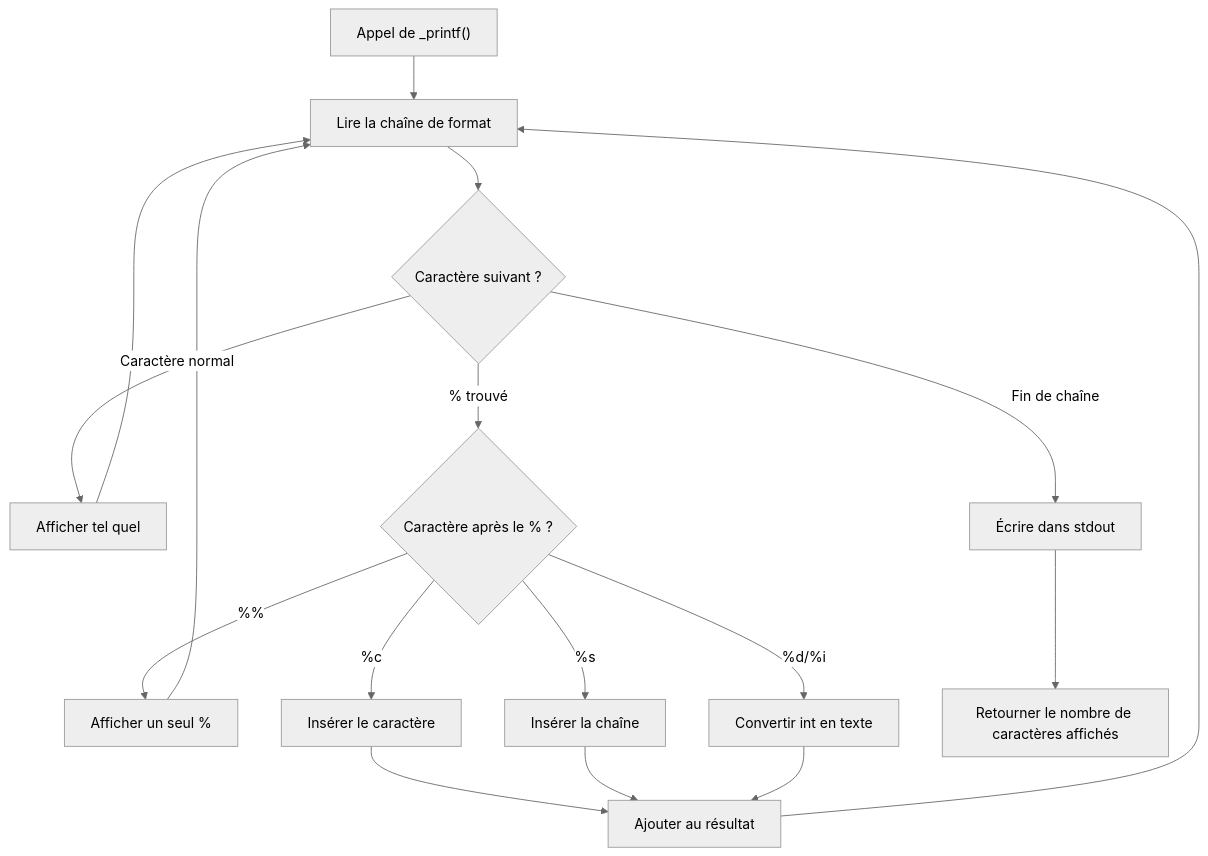
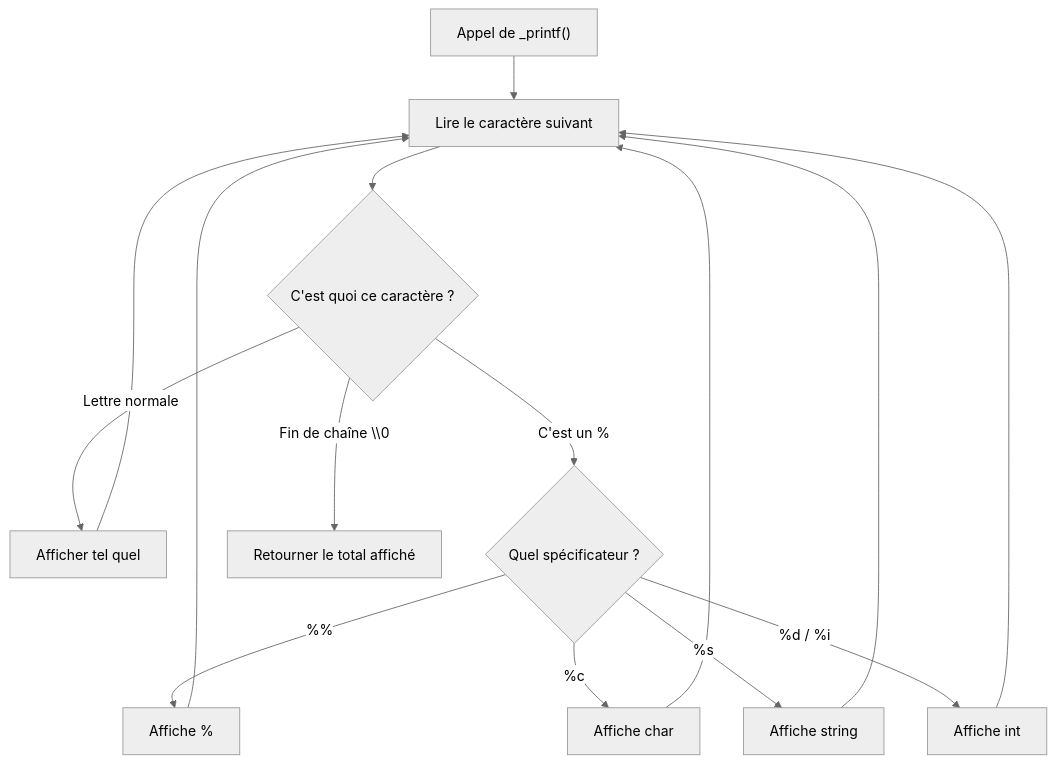
One commit to Souf-F/holbertonschool-printf changed the diagram in README.md. Above: the diagram before and after it, drawn with Mermaid. The commit also changed other lines of this file, not shown here.

Commit message:
refactor: update flowchart for clarity and consistency in _printf documentation

````diff
--- a/README.md
+++ b/README.md
@@ -71,24 +70,22 @@
 ```mermaid
 ---
 config:
   theme: neutral
   look: classic
 ---
 flowchart TB
-    A["Appel de _printf()"] --> B["Lire la chaîne de format"]
-    B --> C{"Caractère suivant ?"}
-    C -- Caractère normal --> D["Afficher tel quel"]
-    C -- % trouvé --> E{"Caractère après le % ?"}
-    C -- Fin de chaîne --> H["Écrire dans stdout"]
-    E -- %% --> D2["Afficher un seul %"]
-    E -- %c --> G4["Insérer le caractère"]
-    E -- %s --> G2["Insérer la chaîne"]
-    E -- %d/%i --> G1["Convertir int en texte"]
-    D2 --> B
-    G4 --> D3["Ajouter au résultat"]
-    G2 --> D3
-    G1 --> D3
+    A["Appel de _printf()"] --> B["Lire le caractère suivant"]
+    B --> C{"C'est quoi ce caractère ?"}
+    C -- "Lettre normale" --> D["Afficher tel quel"]
+    C -- "C'est un %" --> E{"Quel spécificateur ?"}
+    C -- "Fin de chaîne \\0" --> F["Retourner le total affiché"]
+    E -- "%%" --> G1["Affiche %"]
+    E -- "%c" --> G2["Affiche char"]
+    E -- "%s" --> G3["Affiche string"]
+    E -- "%d / %i" --> G4["Affiche int"]
     D --> B
-    D3 --> B
-    H --> I["Retourner le nombre de caractères affichés"]
+    G1 --> B
+    G2 --> B
+    G3 --> B
+    G4 --> B
 ```
````
